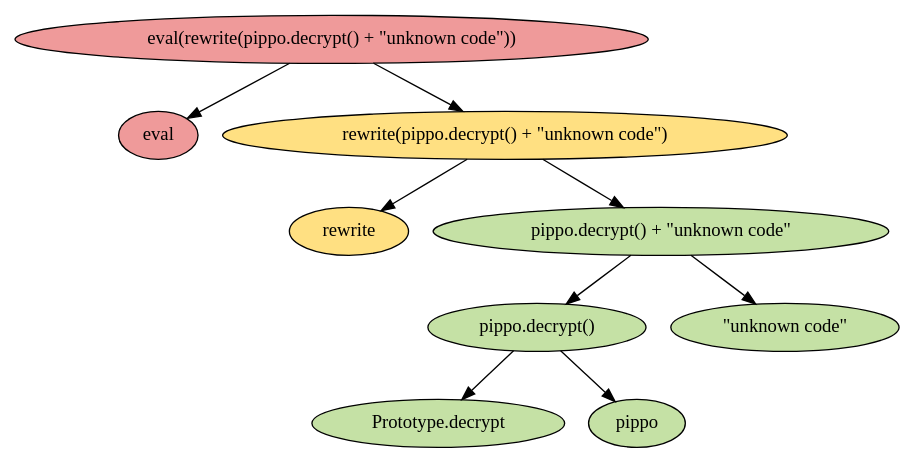
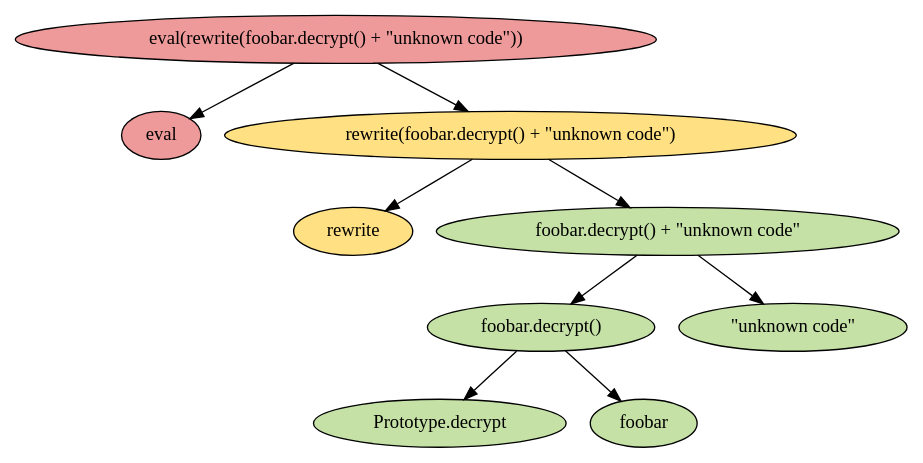
One commit to CapacitorSet/box-js changed the diagram in revealjs/eng/diagrams/rewritten_AST.dot. Above: the diagram before and after it, drawn with Graphviz. The commit also changed 4 other files, not shown here.

Commit message:
Translate diagrams into English

```diff
--- a/revealjs/eng/diagrams/rewritten_AST.dot
+++ b/revealjs/eng/diagrams/rewritten_AST.dot
@@ -1,22 +1,22 @@
 digraph AST {
 	"eval" [style="filled" fillcolor="#ef9a9a"]
-	"eval(rewrite(pippo.decrypt() + \"unknown code\"))" [style="filled" fillcolor="#ef9a9a"]
+	"eval(rewrite(foobar.decrypt() + \"unknown code\"))" [style="filled" fillcolor="#ef9a9a"]
 	subgraph rewrittenArgument {
 		node [style="filled" fillcolor="#ffe082"]
 
-		"rewrite(pippo.decrypt() + \"unknown code\")" -> "rewrite"
-		"rewrite(pippo.decrypt() + \"unknown code\")" -> "pippo.decrypt() + \"unknown code\""
+		"rewrite(foobar.decrypt() + \"unknown code\")" -> "rewrite"
+		"rewrite(foobar.decrypt() + \"unknown code\")" -> "foobar.decrypt() + \"unknown code\""
 	}
 	subgraph argument {
 		node [style="filled" fillcolor="#c5e1a5"]
-		"pippo.decrypt() + \"unknown code\"" [style="filled" fillcolor="#c5e1a5"]
+		"foobar.decrypt() + \"unknown code\"" [style="filled" fillcolor="#c5e1a5"]
 
-		"pippo.decrypt() + \"unknown code\"" -> "pippo.decrypt()"
-		"pippo.decrypt()" -> "Prototype.decrypt"
-		"pippo.decrypt()" -> "pippo"
-		"pippo.decrypt() + \"unknown code\"" -> "\"unknown code\""
+		"foobar.decrypt() + \"unknown code\"" -> "foobar.decrypt()"
+		"foobar.decrypt()" -> "Prototype.decrypt"
+		"foobar.decrypt()" -> "foobar"
+		"foobar.decrypt() + \"unknown code\"" -> "\"unknown code\""
 	}
 
-	"eval(rewrite(pippo.decrypt() + \"unknown code\"))" -> "eval"
-	"eval(rewrite(pippo.decrypt() + \"unknown code\"))" -> "rewrite(pippo.decrypt() + \"unknown code\")"
+	"eval(rewrite(foobar.decrypt() + \"unknown code\"))" -> "eval"
+	"eval(rewrite(foobar.decrypt() + \"unknown code\"))" -> "rewrite(foobar.decrypt() + \"unknown code\")"
 }
```
